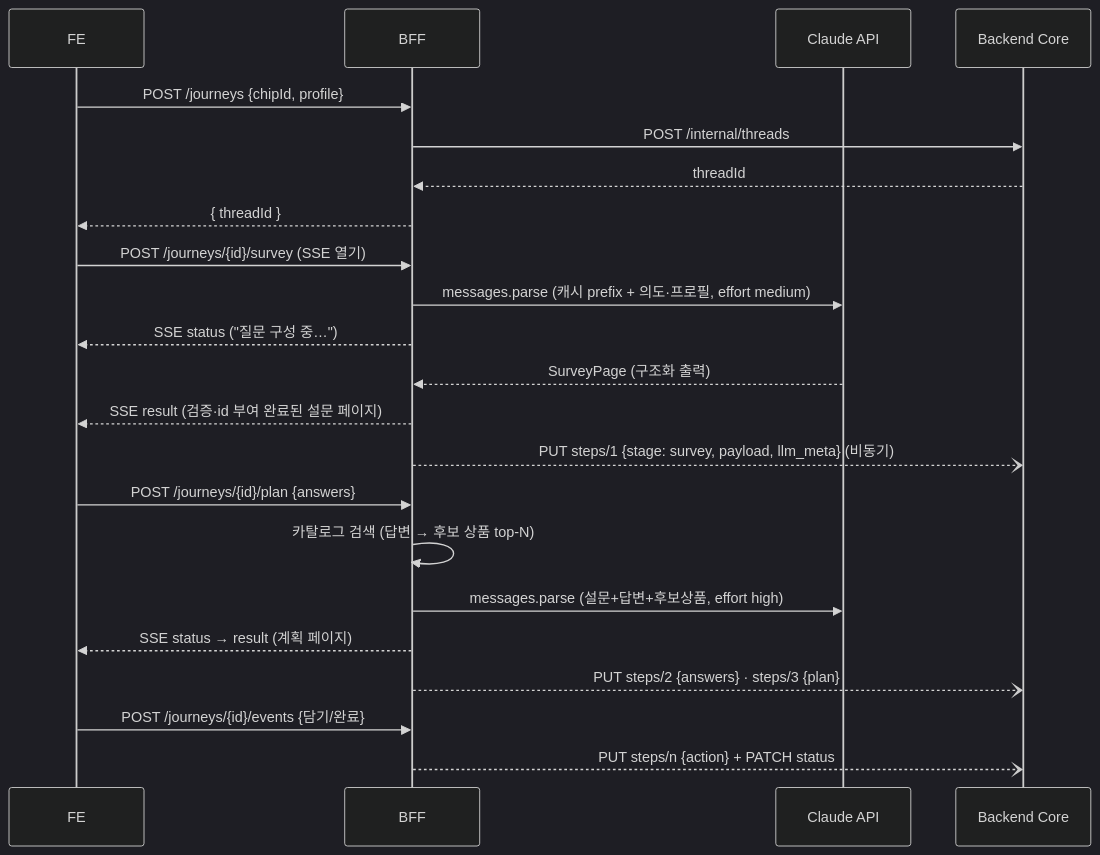
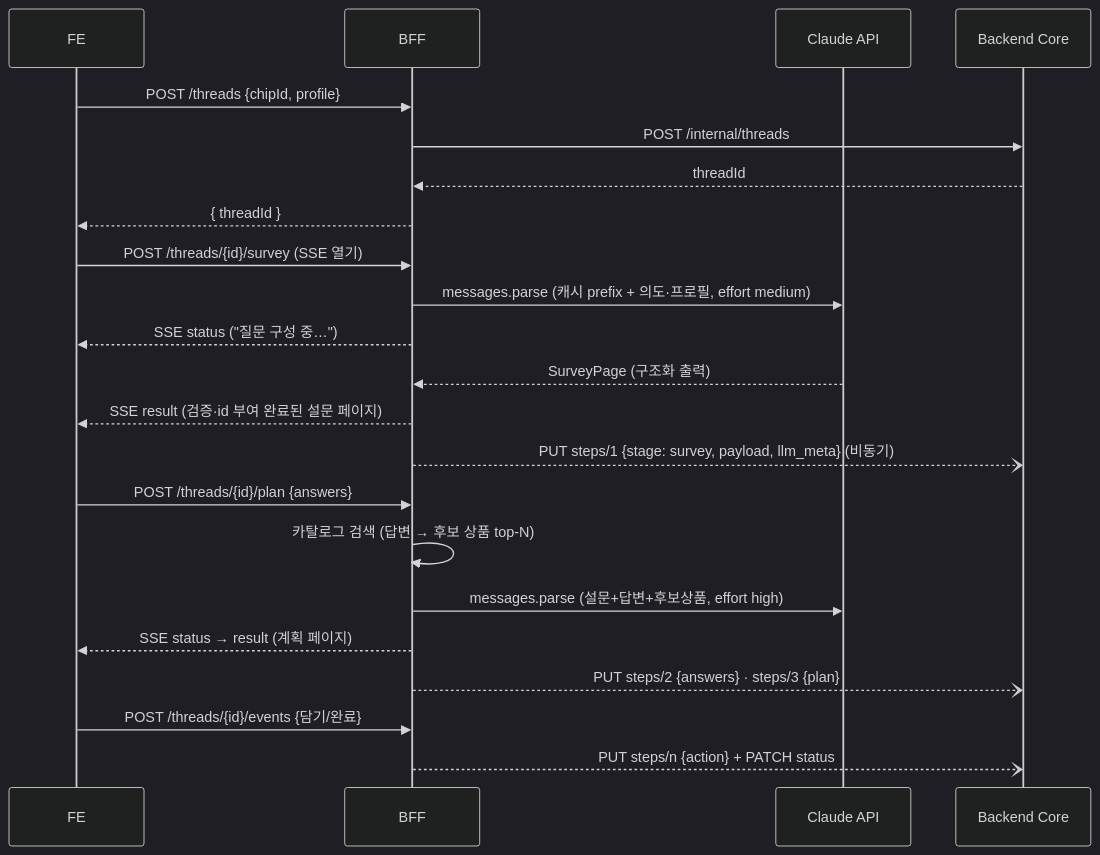
One commit to dlwlsgkdn/gmkt-intent-home changed the diagram in DESIGN-LLM-SERVICE.md. Above: the diagram before and after it, drawn with Mermaid (dark theme). The commit also changed other lines of this file and 11 other files, not shown here.

````diff
--- a/DESIGN-LLM-SERVICE.md
+++ b/DESIGN-LLM-SERVICE.md
@@ -229,28 +231,28 @@
 ```mermaid
 sequenceDiagram
     participant FE
     participant BFF
     participant Claude as Claude API
     participant Core as Backend Core
 
-    FE->>BFF: POST /journeys {chipId, profile}
+    FE->>BFF: POST /threads {chipId, profile}
     BFF->>Core: POST /internal/threads
     Core-->>BFF: threadId
     BFF-->>FE: { threadId }
 
-    FE->>BFF: POST /journeys/{id}/survey (SSE 열기)
+    FE->>BFF: POST /threads/{id}/survey (SSE 열기)
     BFF->>Claude: messages.parse (캐시 prefix + 의도·프로필, effort medium)
     BFF-->>FE: SSE status ("질문 구성 중…")
     Claude-->>BFF: SurveyPage (구조화 출력)
     BFF-->>FE: SSE result (검증·id 부여 완료된 설문 페이지)
     BFF--)Core: PUT steps/1 {stage: survey, payload, llm_meta} (비동기)
 
-    FE->>BFF: POST /journeys/{id}/plan {answers}
+    FE->>BFF: POST /threads/{id}/plan {answers}
     BFF->>BFF: 카탈로그 검색 (답변 → 후보 상품 top-N)
     BFF->>Claude: messages.parse (설문+답변+후보상품, effort high)
     BFF-->>FE: SSE status → result (계획 페이지)
     BFF--)Core: PUT steps/2 {answers} · steps/3 {plan}
 
-    FE->>BFF: POST /journeys/{id}/events {담기/완료}
+    FE->>BFF: POST /threads/{id}/events {담기/완료}
     BFF--)Core: PUT steps/n {action} + PATCH status
 ```
````
